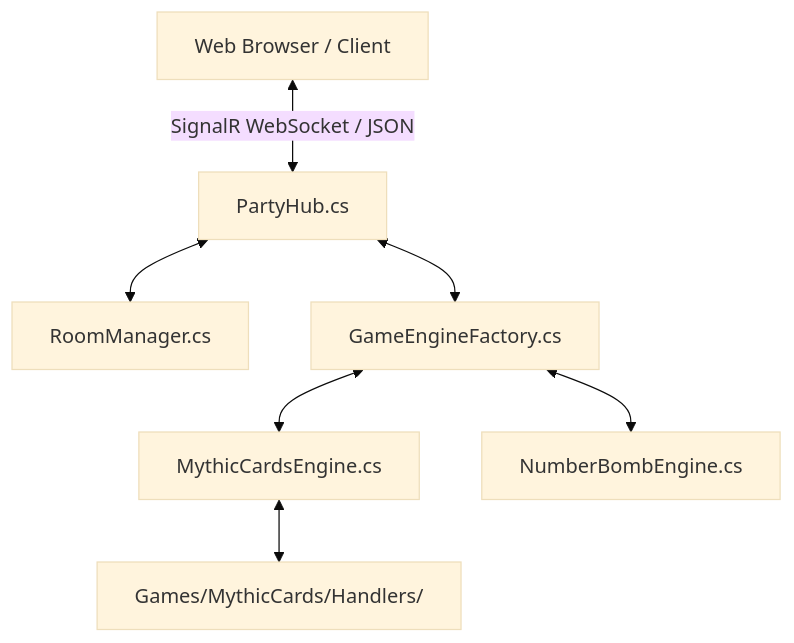
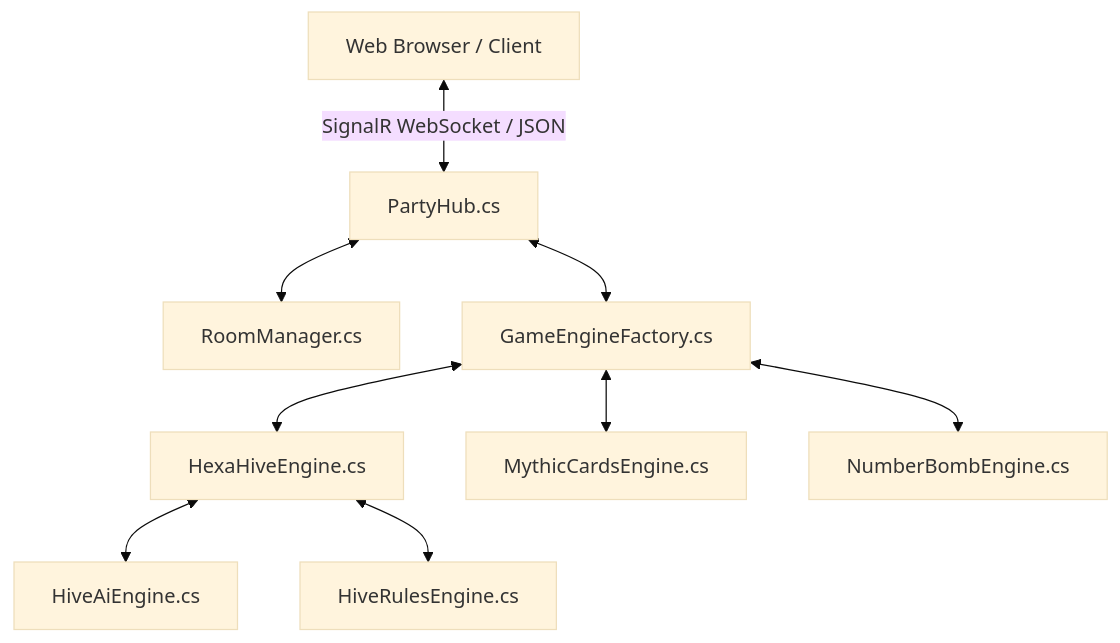
The diagram in README.md (MythNovem/Myth4Ever5), drawn with Mermaid (base theme) before and after one commit. The commit also changed other lines of this file and 2 other files, not shown here.

Commit message:
Cập nhật doc sau khi tạo game MythicHive.

````diff
--- a/README.md
+++ b/README.md
@@ -26,9 +34,11 @@
 ```mermaid
 graph TD
     Client[Web Browser / Client] <-->|SignalR WebSocket / JSON| Hub[PartyHub.cs]
     Hub <--> RM[RoomManager.cs]
     Hub <--> Factory[GameEngineFactory.cs]
-    Factory <--> Engine1[MythicCardsEngine.cs]
-    Factory <--> Engine2[NumberBombEngine.cs]
-    Engine1 <--> Handlers[Games/MythicCards/Handlers/]
+    Factory <--> Engine1[HexaHiveEngine.cs]
+    Factory <--> Engine2[MythicCardsEngine.cs]
+    Factory <--> Engine3[NumberBombEngine.cs]
+    Engine1 <--> AI[HiveAiEngine.cs]
+    Engine1 <--> Rules[HiveRulesEngine.cs]
 ```
````
